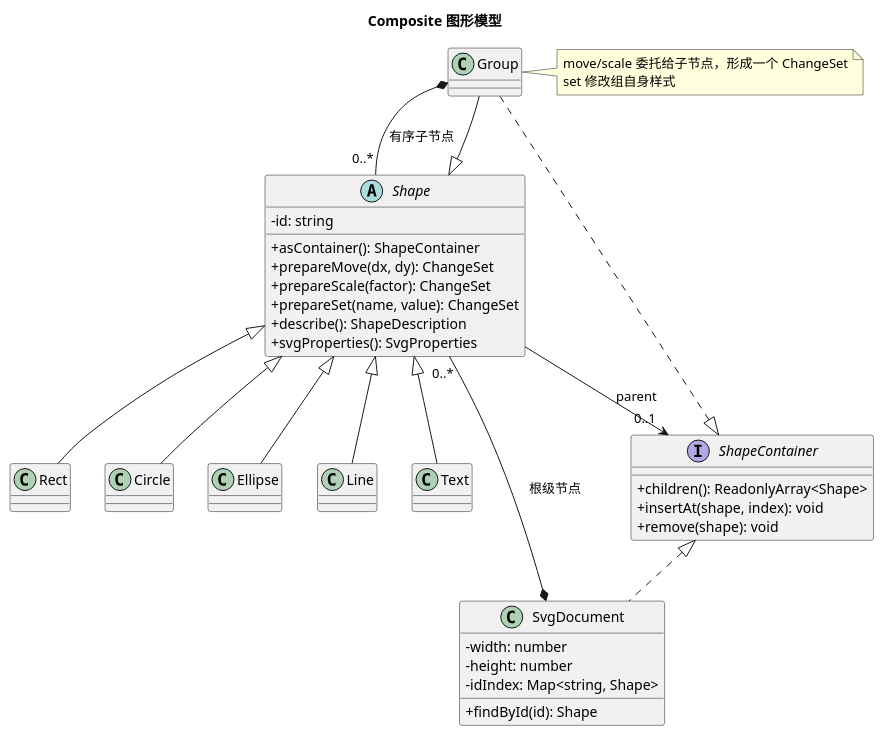
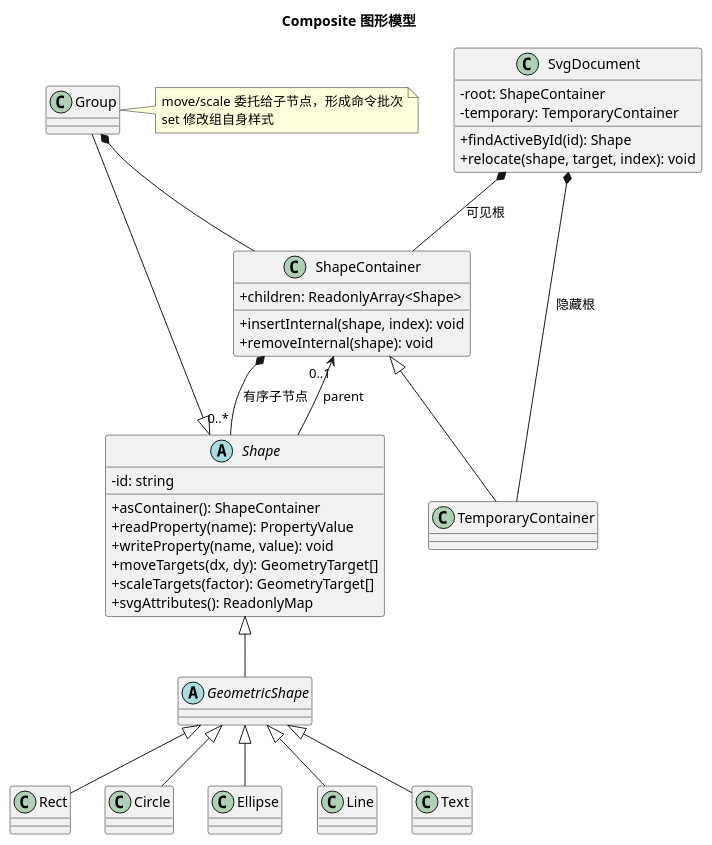
The third of 3 diagrams in doc/README.md (x-J-beta/svg-cli-command-core), drawn with PlantUML before and after one commit. The commit also changed other lines of this file and 5 other files, not shown here.

Commit message:
docs: document architecture and add flowchart examples

````diff
--- a/doc/README.md
+++ b/doc/README.md
@@ -219,50 +206,54 @@
 ```plantuml
 @startuml
 title Composite 图形模型
 skinparam classAttributeIconSize 0
 
 abstract class Shape {
   -id: string
   +asContainer(): ShapeContainer
-  +prepareMove(dx, dy): ChangeSet
-  +prepareScale(factor): ChangeSet
-  +prepareSet(name, value): ChangeSet
-  +describe(): ShapeDescription
-  +svgProperties(): SvgProperties
+  +readProperty(name): PropertyValue
+  +writeProperty(name, value): void
+  +moveTargets(dx, dy): GeometryTarget[]
+  +scaleTargets(factor): GeometryTarget[]
+  +svgAttributes(): ReadonlyMap
 }
-interface ShapeContainer {
-  +children(): ReadonlyArray<Shape>
-  +insertAt(shape, index): void
-  +remove(shape): void
+class ShapeContainer {
+  +children: ReadonlyArray<Shape>
+  +insertInternal(shape, index): void
+  +removeInternal(shape): void
 }
 class SvgDocument {
-  -width: number
-  -height: number
-  -idIndex: Map<string, Shape>
-  +findById(id): Shape
+  -root: ShapeContainer
+  -temporary: TemporaryContainer
+  +findActiveById(id): Shape
+  +relocate(shape, target, index): void
 }
 class Group
+class TemporaryContainer
+abstract class GeometricShape
 class Rect
 class Circle
 class Ellipse
 class Line
 class Text
 
 Shape <|-- Group
-Shape <|-- Rect
-Shape <|-- Circle
-Shape <|-- Ellipse
-Shape <|-- Line
-Shape <|-- Text
-ShapeContainer <|.. Group
-ShapeContainer <|.. SvgDocument
-Group *-- "0..*" Shape : 有序子节点
-SvgDocument *-- "0..*" Shape : 根级节点
+Shape <|-- GeometricShape
+GeometricShape <|-- Rect
+GeometricShape <|-- Circle
+GeometricShape <|-- Ellipse
+GeometricShape <|-- Line
+GeometricShape <|-- Text
+Group *-- ShapeContainer
+ShapeContainer <|-- TemporaryContainer
+ShapeContainer *-- "0..*" Shape : 有序子节点
+SvgDocument *-- ShapeContainer : 可见根
+SvgDocument *-- TemporaryContainer : 隐藏根
 Shape --> "0..1" ShapeContainer : parent
 
 note right of Group
-move/scale 委托给子节点，形成一个 ChangeSet
+move/scale 委托给子节点，形成命令批次
 set 修改组自身样式
 end note
 @enduml
 ```
````
